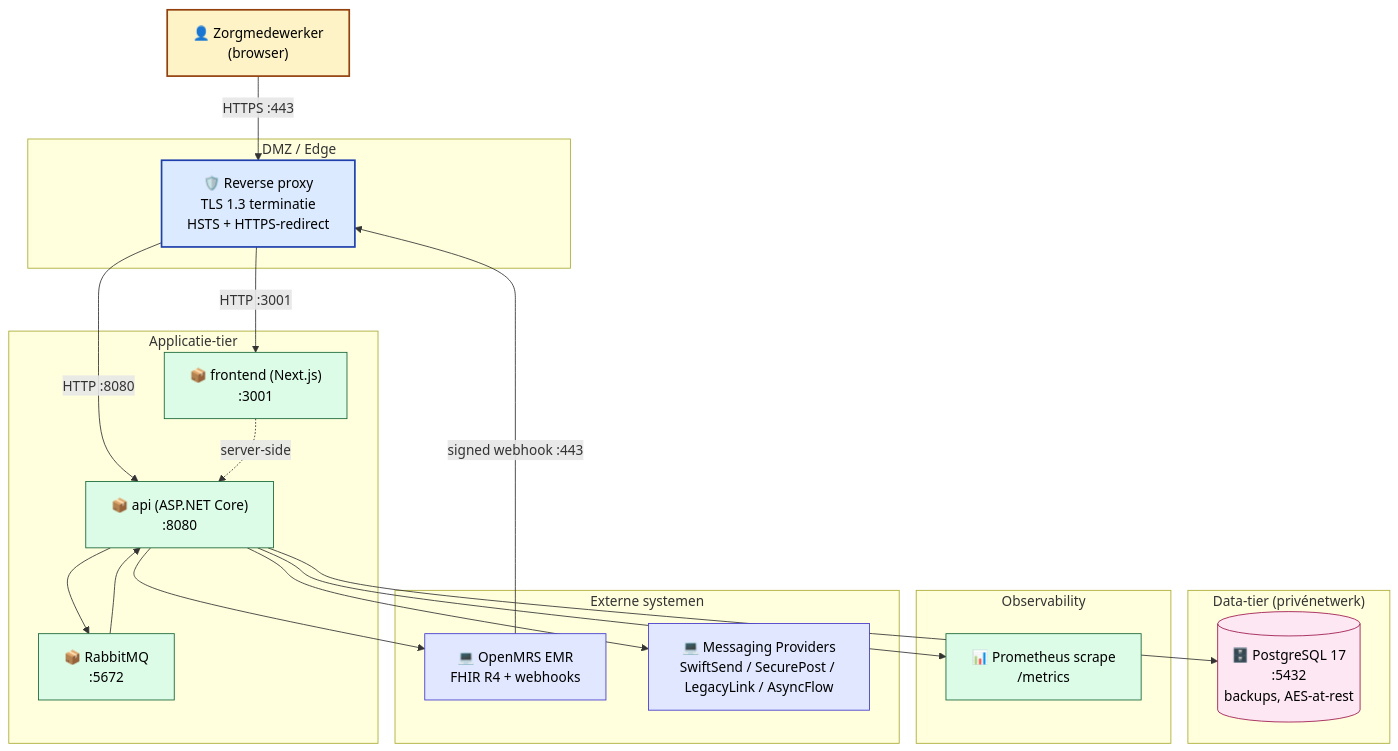
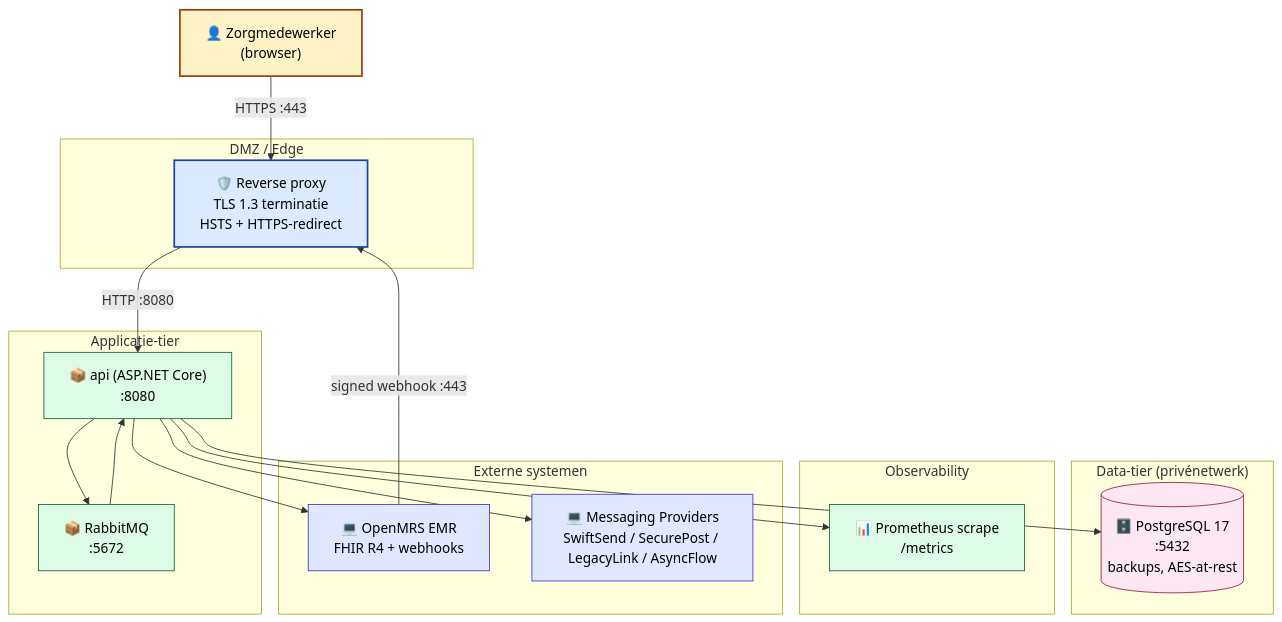
Before and after one commit to Rishyansyal/OpenMRSmoduleBackend: the second of 2 diagrams in docs/c4/09-deployment.md, drawn with Mermaid. The commit also changed other lines of this file and 15 other files, not shown here.

````diff
--- a/docs/c4/09-deployment.md
+++ b/docs/c4/09-deployment.md
@@ -70,45 +64,42 @@
 ```mermaid
 flowchart TB
     classDef extuser fill:#fef3c7,stroke:#92400e,stroke-width:2px,color:#000
     classDef edge fill:#dbeafe,stroke:#1e40af,stroke-width:2px,color:#000
     classDef pod fill:#dcfce7,stroke:#166534,stroke-width:1px,color:#000
     classDef db fill:#fce7f3,stroke:#9d174d,stroke-width:1px,color:#000
     classDef ext fill:#e0e7ff,stroke:#4338ca,stroke-width:1px,color:#000
 
     Zorg["👤 Zorgmedewerker<br/>(browser)"]:::extuser
 
     subgraph DMZ["DMZ / Edge"]
         LB["🛡️ Reverse proxy<br/>TLS 1.3 terminatie<br/>HSTS + HTTPS-redirect"]:::edge
     end
 
     subgraph App["Applicatie-tier"]
-        FEpod["📦 frontend (Next.js)<br/>:3001"]:::pod
         APIpod["📦 api (ASP.NET Core)<br/>:8080"]:::pod
         Bus["📦 RabbitMQ<br/>:5672"]:::pod
     end
 
     subgraph Data["Data-tier (privénetwerk)"]
         PG[("🗄️ PostgreSQL 17<br/>:5432<br/>backups, AES-at-rest")]:::db
     end
 
     subgraph Obs["Observability"]
         Prom["📊 Prometheus scrape<br/>/metrics"]:::pod
     end
 
     subgraph Ext["Externe systemen"]
         OMRS["💻 OpenMRS EMR<br/>FHIR R4 + webhooks"]:::ext
         Prov["💻 Messaging Providers<br/>SwiftSend / SecurePost / LegacyLink / AsyncFlow"]:::ext
     end
 
     Zorg -->|HTTPS :443| LB
-    LB -->|HTTP :3001| FEpod
     LB -->|HTTP :8080| APIpod
     OMRS -->|signed webhook :443| LB
-    FEpod -.->|server-side| APIpod
     APIpod --> PG
     APIpod --> Bus
     Bus --> APIpod
     APIpod --> OMRS
     APIpod --> Prov
     APIpod --> Prom
 ```
````
